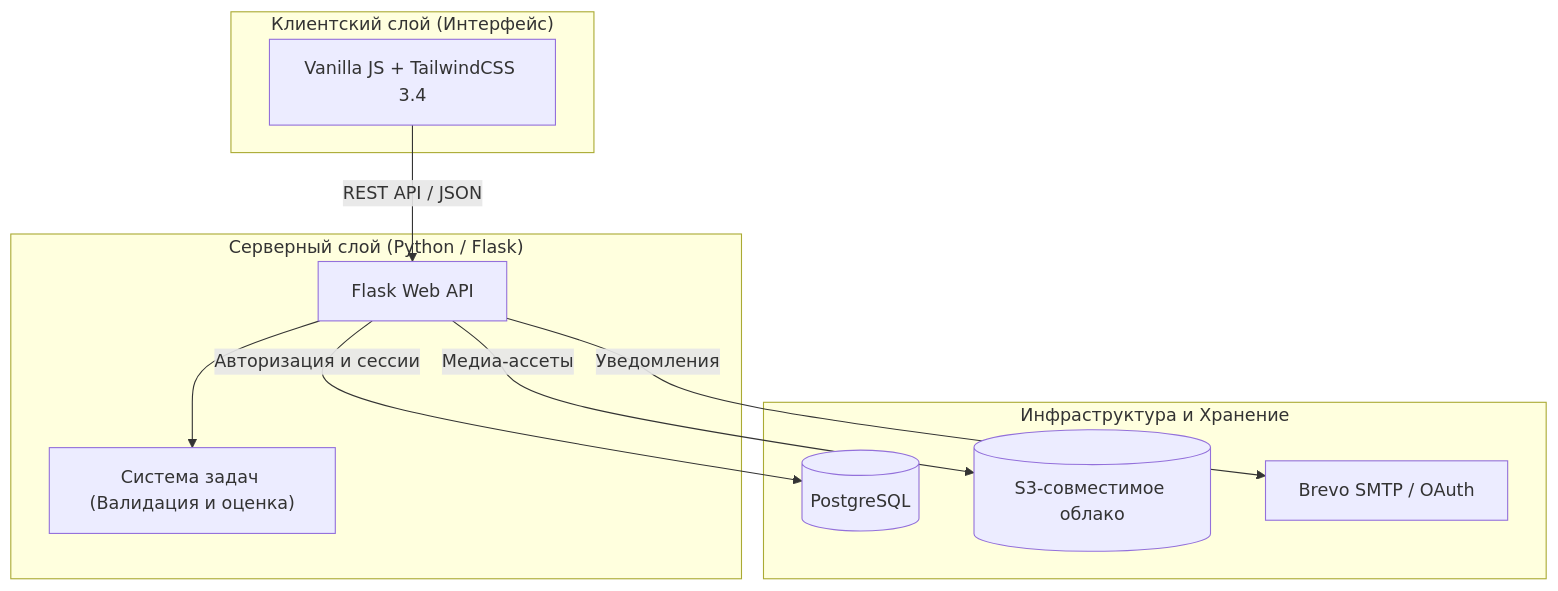
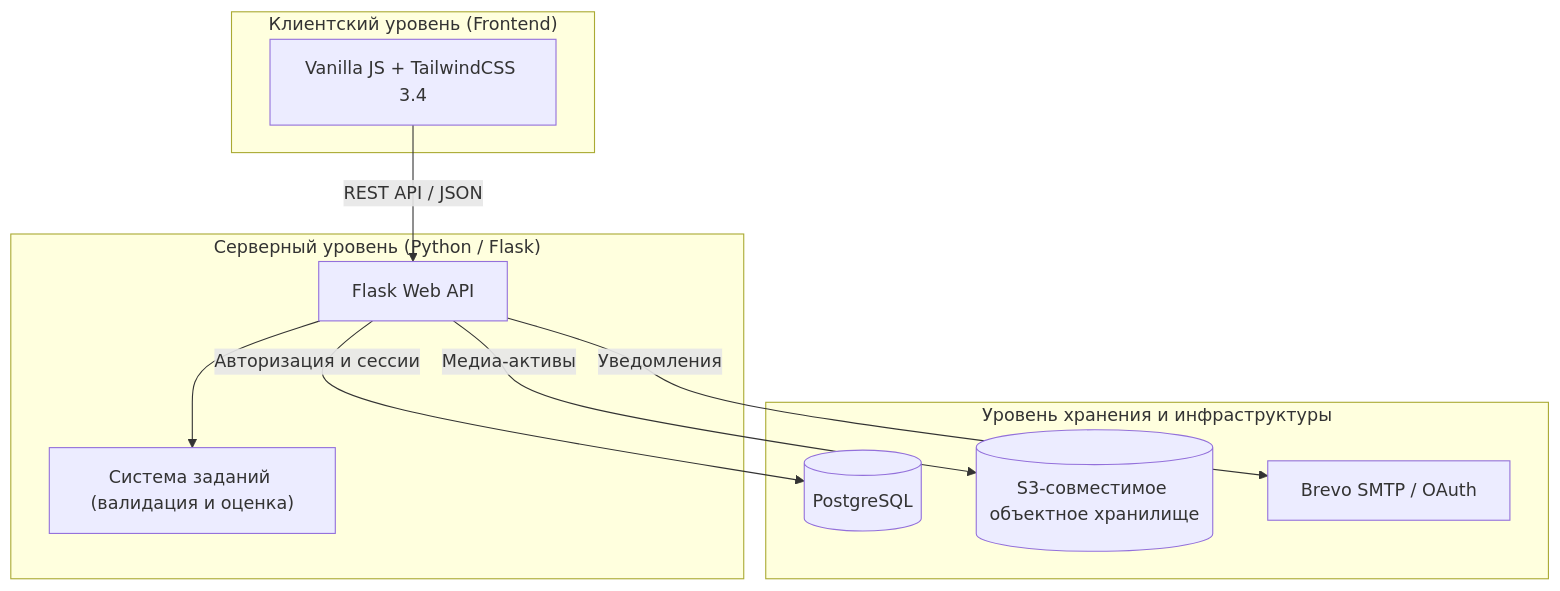
One commit to hippo2222/ACTRA changed the diagram in README.ru.md. Above: the diagram before and after it, drawn with Mermaid. The commit also changed other lines of this file and 2 other files, not shown here.

````diff
--- a/README.ru.md
+++ b/README.ru.md
@@ -32,23 +32,23 @@
 ```mermaid
 graph TD
-    subgraph Client ["Клиентский слой (Интерфейс)"]
+    subgraph Client ["Клиентский уровень (Frontend)"]
         UI["Vanilla JS + TailwindCSS 3.4"]
     end
 
-    subgraph Server ["Серверный слой (Python / Flask)"]
+    subgraph Server ["Серверный уровень (Python / Flask)"]
         API["Flask Web API"]
-        Tasks["Система задач (Валидация и оценка)"]
+        Tasks["Система заданий (валидация и оценка)"]
     end
 
-    subgraph Storage ["Инфраструктура и Хранение"]
+    subgraph Storage ["Уровень хранения и инфраструктуры"]
         DB[(PostgreSQL)]
-        S3[(S3-совместимое облако)]
+        S3[(S3-совместимое объектное хранилище)]
         SMTP[Brevo SMTP / OAuth]
     end
 
     UI -->|REST API / JSON| API
     API --> Tasks
     API -->|Авторизация и сессии| DB
-    API -->|Медиа-ассеты| S3
+    API -->|Медиа-активы| S3
     API -->|Уведомления| SMTP
 ```
````
